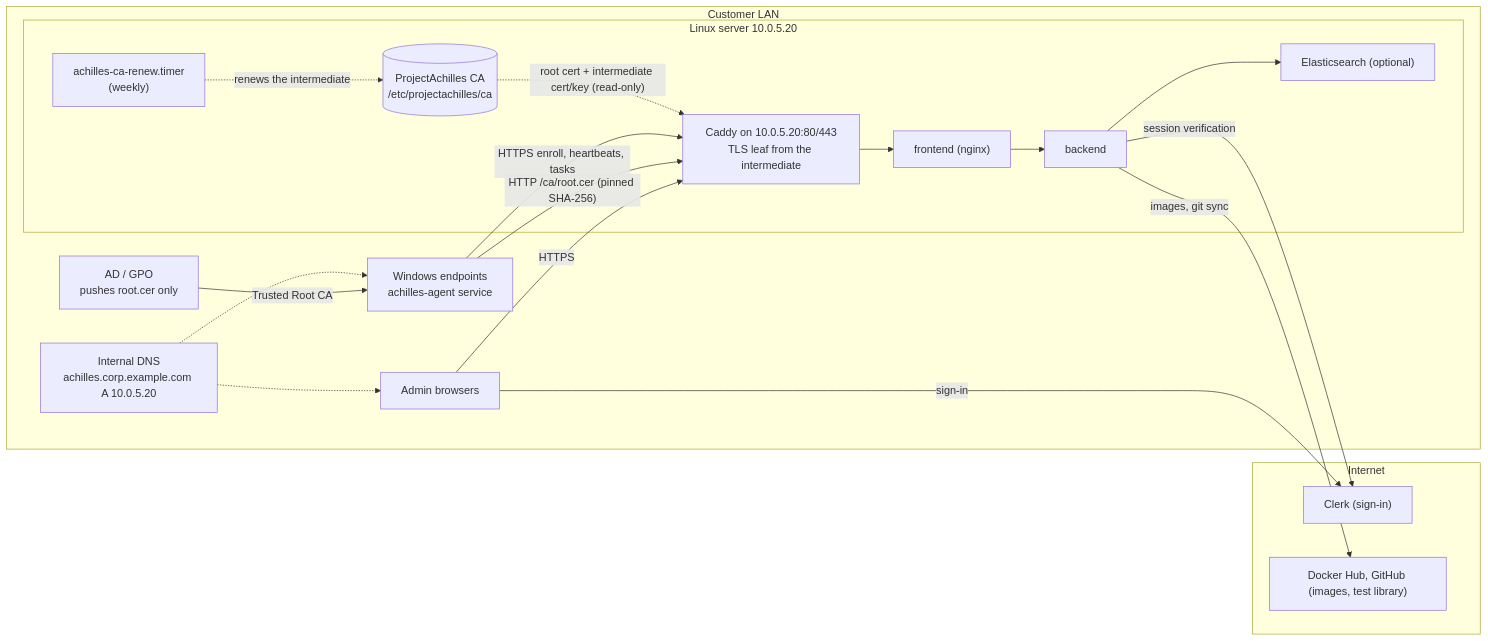
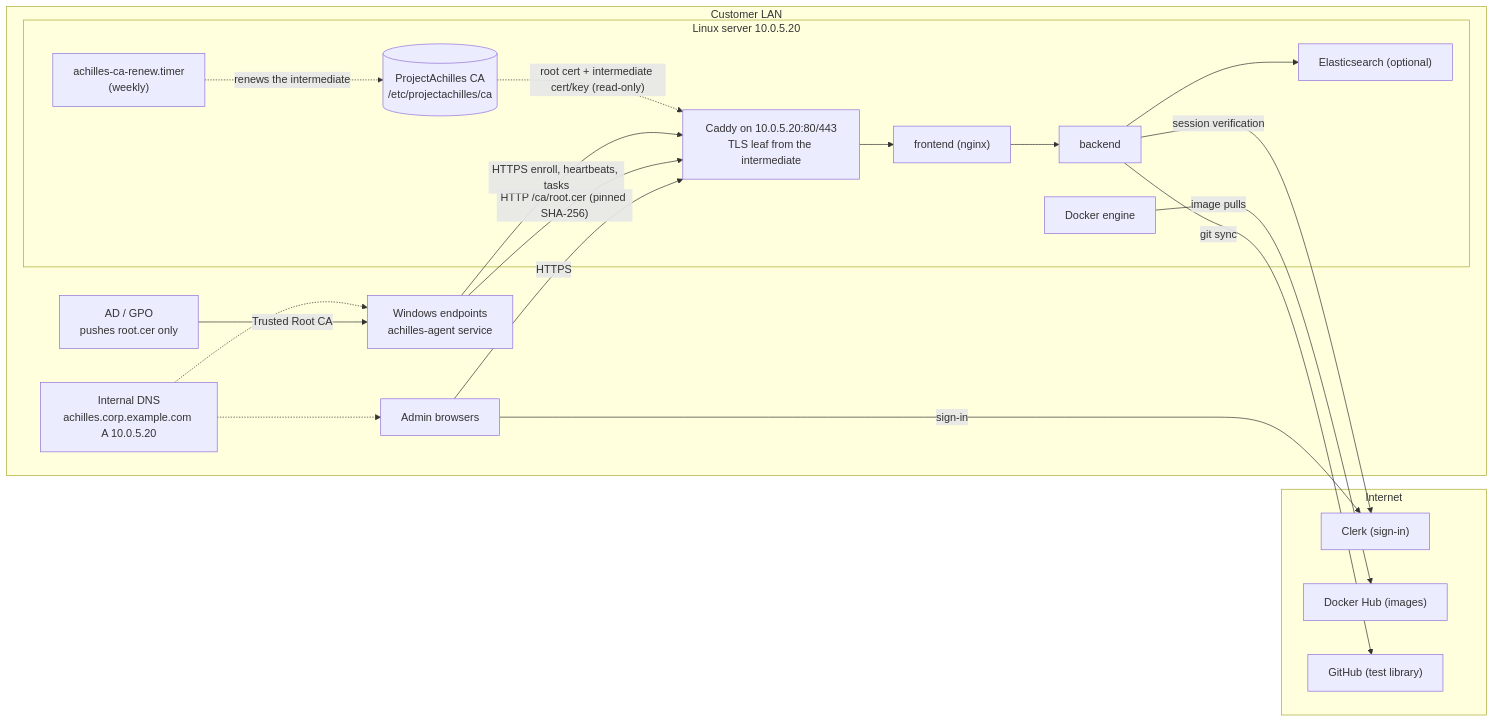
Before and after one commit to basiliktrace/ProjectAchilles: the diagram in docs/deployment/ON_PREM_LAN.md, drawn with Mermaid. The commit also changed other lines of this file, not shown here.

````diff
--- a/docs/deployment/ON_PREM_LAN.md
+++ b/docs/deployment/ON_PREM_LAN.md
@@ -33,33 +33,36 @@
 ```mermaid
 flowchart LR
   subgraph internet["Internet"]
     clerk["Clerk (sign-in)"]
-    hub["Docker Hub, GitHub (images, test library)"]
+    reg["Docker Hub (images)"]
+    gh["GitHub (test library)"]
   end
   subgraph lan["Customer LAN"]
     dns["Internal DNS<br/>achilles.corp.example.com A 10.0.5.20"]
     gpo["AD / GPO<br/>pushes root.cer only"]
     browser["Admin browsers"]
     win["Windows endpoints<br/>achilles-agent service"]
     subgraph server["Linux server 10.0.5.20"]
       caddy["Caddy on 10.0.5.20:80/443<br/>TLS leaf from the intermediate"]
       fe["frontend (nginx)"]
       be["backend"]
       es["Elasticsearch (optional)"]
       ca[("ProjectAchilles CA<br/>/etc/projectachilles/ca")]
+      engine["Docker engine"]
       timer["achilles-ca-renew.timer<br/>(weekly)"]
     end
   end
   browser -- "HTTPS" --> caddy
   win -- "HTTP /ca/root.cer (pinned SHA-256)" --> caddy
   win -- "HTTPS enroll, heartbeats, tasks" --> caddy
   caddy --> fe --> be --> es
   ca -. "root cert + intermediate cert/key (read-only)" .-> caddy
   timer -. "renews the intermediate" .-> ca
   gpo -- "Trusted Root CA" --> win
   dns -.-> win
   dns -.-> browser
   browser -- "sign-in" --> clerk
   be -- "session verification" --> clerk
-  be -- "images, git sync" --> hub
+  engine -- "image pulls" --> reg
+  be -- "git sync" --> gh
 ```
````
